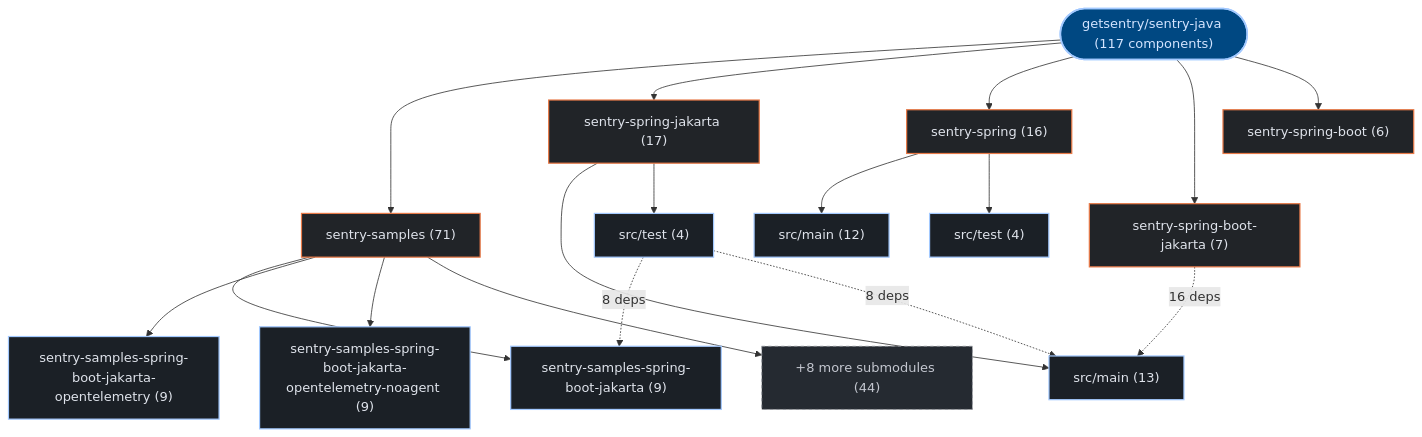
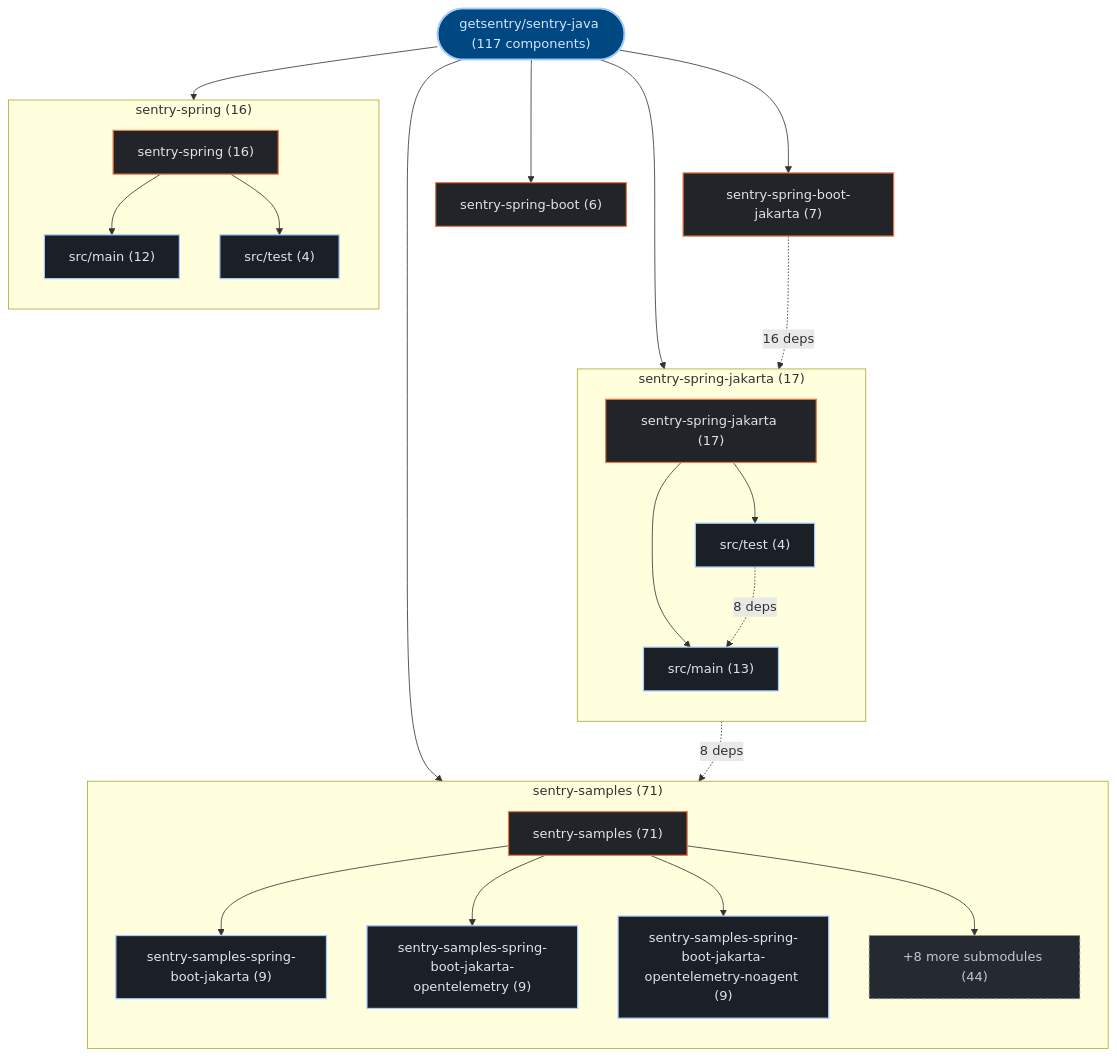
Before and after one commit to kumarshaz/atruss-code-atlas: the first of 3 diagrams in exports/latest/reports/getsentry-sentry-java-report.md, drawn with Mermaid. The commit also changed 178 other files, not shown here.

Commit message:
feat(ui,mermaid): upgrade to mermaid v12 + ELK layout, add orgs-summary + pagination, subgraph building blocks, fix tab alignment

````diff
--- a/exports/latest/reports/getsentry-sentry-java-report.md
+++ b/exports/latest/reports/getsentry-sentry-java-report.md
@@ -42,40 +42,49 @@
 ```mermaid
 graph TD;
   classDef atlasRoot fill:#004882,stroke:#a3c9ff,stroke-width:2px,color:#d3e4ff
   classDef atlasCategory fill:#212428,stroke:#E87A48,stroke-width:1.5px,color:#dfe3eb
   classDef atlasWorkflow fill:#1b2026,stroke:#a3c9ff,stroke-width:1.5px,color:#dfe3eb
   classDef atlasJob fill:#171c22,stroke:#8d9199,stroke-width:1px,color:#dfe3eb
   classDef atlasTarget fill:#005227,stroke:#8bd99b,stroke-width:1.5px,color:#a7f6b6
   classDef atlasAlert fill:#93000a,stroke:#ffb4ab,stroke-width:1.5px,color:#ffdad6
   classDef atlasMore fill:#252a31,stroke:#8d9199,stroke-dasharray:4 4,color:#c3c6cf
     repo_root(["getsentry/sentry-java (117 components)"]):::atlasRoot
-    dir_0_sentry_samples["sentry-samples (71)"]:::atlasCategory
+    subgraph sg_dir_0_sentry_samples["sentry-samples (71)"]
+      direction TB
+      dir_0_sentry_samples["sentry-samples (71)"]:::atlasCategory
+      sub_0_0_sentry_samples_spring_boot_jakarta["sentry-samples-spring-boot-jakarta (9)"]:::atlasWorkflow
+      dir_0_sentry_samples --> sub_0_0_sentry_samples_spring_boot_jakarta
+      sub_0_1_sentry_samples_spring_boot_jakarta_opentelemetry["sentry-samples-spring-boot-jakarta-opentelemetry (9)"]:::atlasWorkflow
+      dir_0_sentry_samples --> sub_0_1_sentry_samples_spring_boot_jakarta_opentelemetry
+      sub_0_2_sentry_samples_spring_boot_jakarta_opentelemetry_noagent["sentry-samples-spring-boot-jakarta-opentelemetry-noagent (9)"]:::atlasWorkflow
+      dir_0_sentry_samples --> sub_0_2_sentry_samples_spring_boot_jakarta_opentelemetry_noagent
+      sub_0_more["+8 more submodules (44)"]:::atlasMore
+      dir_0_sentry_samples --> sub_0_more
+    end
     repo_root --> dir_0_sentry_samples
-    sub_0_0_sentry_samples_spring_boot_jakarta["sentry-samples-spring-boot-jakarta (9)"]:::atlasWorkflow
-    dir_0_sentry_samples --> sub_0_0_sentry_samples_spring_boot_jakarta
-    sub_0_1_sentry_samples_spring_boot_jakarta_opentelemetry["sentry-samples-spring-boot-jakarta-opentelemetry (9)"]:::atlasWorkflow
-    dir_0_sentry_samples --> sub_0_1_sentry_samples_spring_boot_jakarta_opentelemetry
-    sub_0_2_sentry_samples_spring_boot_jakarta_opentelemetry_noagent["sentry-samples-spring-boot-jakarta-opentelemetry-noagent (9)"]:::atlasWorkflow
-    dir_0_sentry_samples --> sub_0_2_sentry_samples_spring_boot_jakarta_opentelemetry_noagent
-    sub_0_more["+8 more submodules (44)"]:::atlasMore
-    dir_0_sentry_samples --> sub_0_more
-    dir_1_sentry_spring_jakarta["sentry-spring-jakarta (17)"]:::atlasCategory
+    subgraph sg_dir_1_sentry_spring_jakarta["sentry-spring-jakarta (17)"]
+      direction TB
+      dir_1_sentry_spring_jakarta["sentry-spring-jakarta (17)"]:::atlasCategory
+      sub_1_0_src_main["src/main (13)"]:::atlasWorkflow
+      dir_1_sentry_spring_jakarta --> sub_1_0_src_main
+      sub_1_1_src_test["src/test (4)"]:::atlasWorkflow
+      dir_1_sentry_spring_jakarta --> sub_1_1_src_test
+    end
     repo_root --> dir_1_sentry_spring_jakarta
-    sub_1_0_src_main["src/main (13)"]:::atlasWorkflow
-    dir_1_sentry_spring_jakarta --> sub_1_0_src_main
-    sub_1_1_src_test["src/test (4)"]:::atlasWorkflow
-    dir_1_sentry_spring_jakarta --> sub_1_1_src_test
-    dir_2_sentry_spring["sentry-spring (16)"]:::atlasCategory
+    subgraph sg_dir_2_sentry_spring["sentry-spring (16)"]
+      direction TB
+      dir_2_sentry_spring["sentry-spring (16)"]:::atlasCategory
+      sub_2_0_src_main["src/main (12)"]:::atlasWorkflow
+      dir_2_sentry_spring --> sub_2_0_src_main
+      sub_2_1_src_test["src/test (4)"]:::atlasWorkflow
+      dir_2_sentry_spring --> sub_2_1_src_test
+    end
     repo_root --> dir_2_sentry_spring
-    sub_2_0_src_main["src/main (12)"]:::atlasWorkflow
-    dir_2_sentry_spring --> sub_2_0_src_main
-    sub_2_1_src_test["src/test (4)"]:::atlasWorkflow
-    dir_2_sentry_spring --> sub_2_1_src_test
     dir_3_sentry_spring_boot_jakarta["sentry-spring-boot-jakarta (7)"]:::atlasCategory
     repo_root --> dir_3_sentry_spring_boot_jakarta
     dir_4_sentry_spring_boot["sentry-spring-boot (6)"]:::atlasCategory
     repo_root --> dir_4_sentry_spring_boot
     dir_3_sentry_spring_boot_jakarta -.->|"16 deps"| sub_1_0_src_main
     sub_1_1_src_test -.->|"8 deps"| sub_0_0_sentry_samples_spring_boot_jakarta
     sub_1_1_src_test -.->|"8 deps"| sub_1_0_src_main
 ```
````
